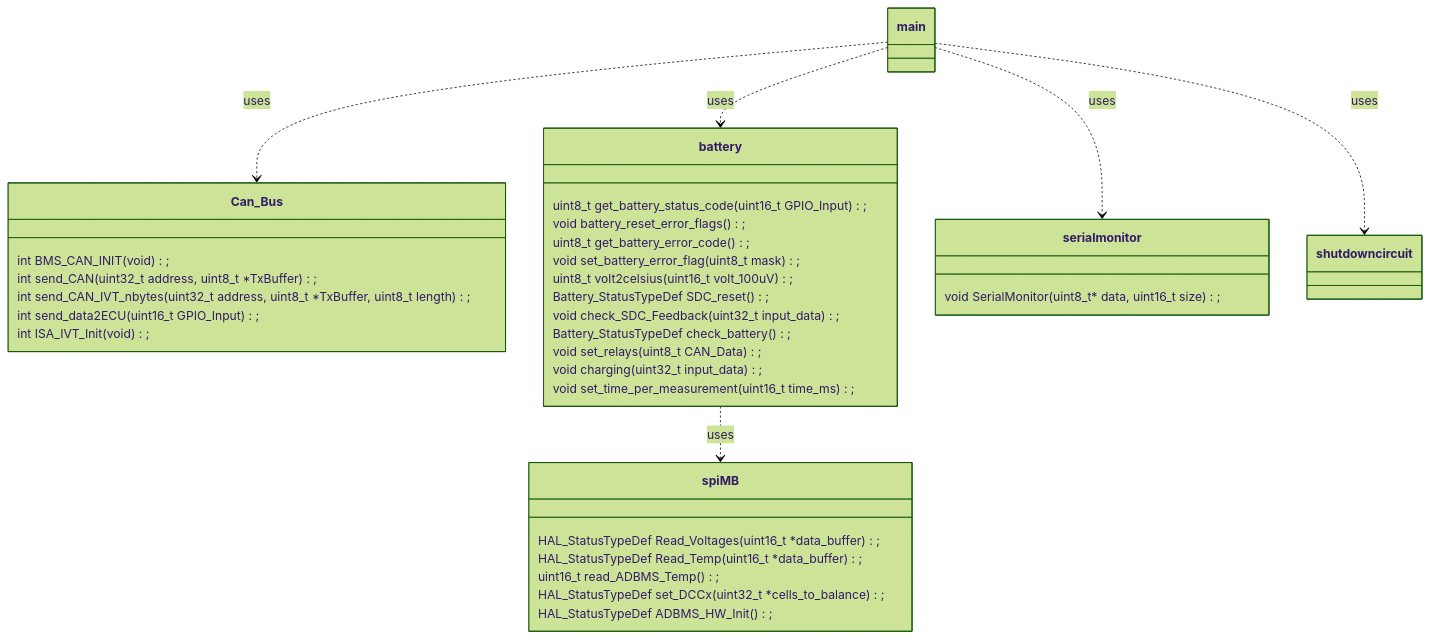
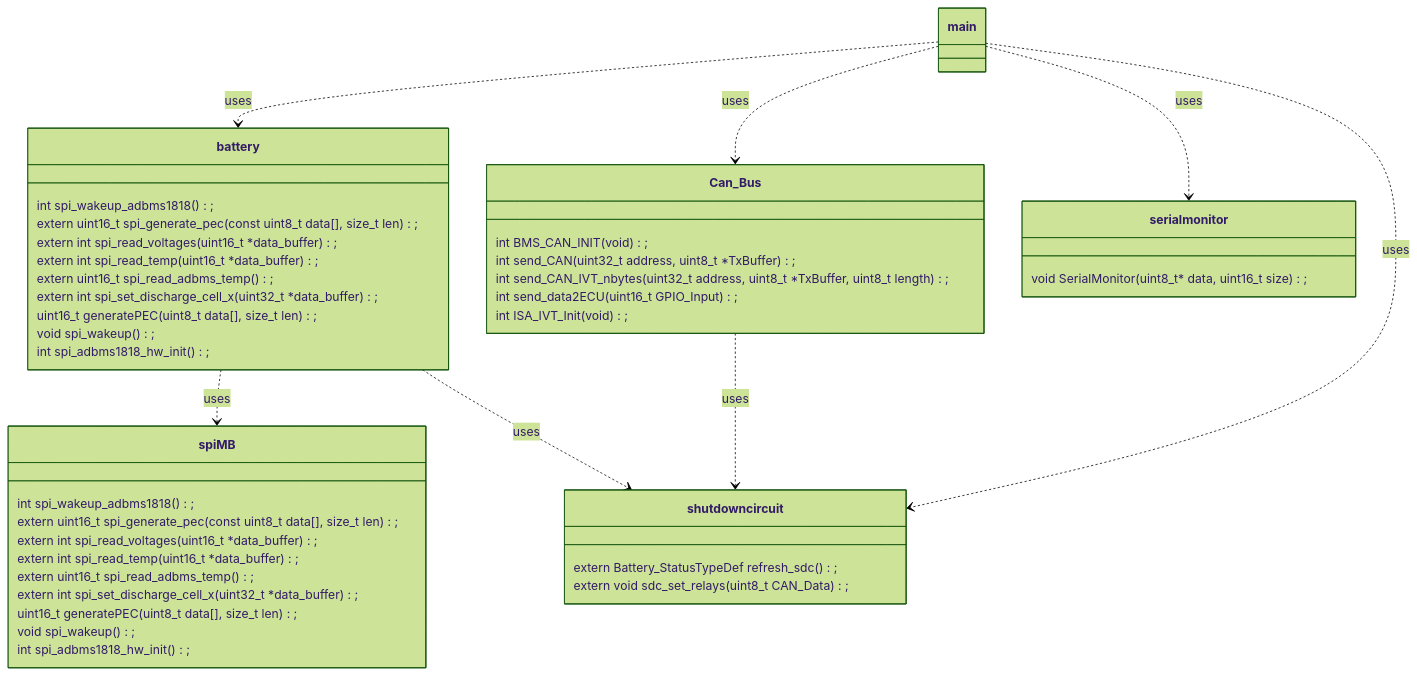
One commit to renolluc/BMS_zephyr changed the third of 3 diagrams in README.md. Above: the diagram before and after it, drawn with Mermaid (forest theme). The commit also changed other lines of this file, not shown here.

Commit message:
class diagramm updated added sdc

````diff
--- a/README.md
+++ b/README.md
@@ -116,48 +123,57 @@
 ```mermaid
 classDiagram
 
     class main
 
     class Can_Bus{
         int BMS_CAN_INIT(void);
         int send_CAN(uint32_t address, uint8_t *TxBuffer);
         int send_CAN_IVT_nbytes(uint32_t address, uint8_t *TxBuffer, uint8_t length);
         int send_data2ECU(uint16_t GPIO_Input);
         int ISA_IVT_Init(void);
     }
 
     class spiMB{
-        HAL_StatusTypeDef Read_Voltages(uint16_t *data_buffer);
-        HAL_StatusTypeDef Read_Temp(uint16_t *data_buffer);
-        uint16_t read_ADBMS_Temp();
-        HAL_StatusTypeDef set_DCCx(uint32_t *cells_to_balance);
-        HAL_StatusTypeDef ADBMS_HW_Init();
+        int spi_wakeup_adbms1818();
+        extern uint16_t spi_generate_pec(const uint8_t data[], size_t len);
+        extern int spi_read_voltages(uint16_t *data_buffer);
+        extern int spi_read_temp(uint16_t *data_buffer);
+        extern uint16_t spi_read_adbms_temp();
+        extern int spi_set_discharge_cell_x(uint32_t *data_buffer);
+        uint16_t generatePEC(uint8_t data[], size_t len);
+        void spi_wakeup();
+        int spi_adbms1818_hw_init();
     }
 
     class battery{
-        uint8_t get_battery_status_code(uint16_t GPIO_Input);
-        void battery_reset_error_flags();
-        uint8_t get_battery_error_code();
-        void set_battery_error_flag(uint8_t mask);
-        uint8_t volt2celsius(uint16_t volt_100uV);
-        Battery_StatusTypeDef SDC_reset();
-        void check_SDC_Feedback(uint32_t input_data);
-        Battery_StatusTypeDef check_battery();
-        void set_relays(uint8_t CAN_Data);
-        void charging(uint32_t input_data);
-        void set_time_per_measurement(uint16_t time_ms);
+        int spi_wakeup_adbms1818();
+        extern uint16_t spi_generate_pec(const uint8_t data[], size_t len);
+        extern int spi_read_voltages(uint16_t *data_buffer);
+        extern int spi_read_temp(uint16_t *data_buffer);
+        extern uint16_t spi_read_adbms_temp();
+        extern int spi_set_discharge_cell_x(uint32_t *data_buffer);
+        uint16_t generatePEC(uint8_t data[], size_t len);
+        void spi_wakeup();
+        int spi_adbms1818_hw_init();
+    }
+
+    class shutdowncircuit{
+        extern Battery_StatusTypeDef refresh_sdc();
+        extern void sdc_set_relays(uint8_t CAN_Data);
     }
 
     class serialmonitor{
         void SerialMonitor(uint8_t* data, uint16_t size);
     }
 
-    class shutdowncircuit
+
 
     main ..> battery : uses
     main ..> Can_Bus : uses
     main ..> serialmonitor : uses
     main ..> shutdowncircuit : uses
     battery ..> spiMB : uses
+    Can_Bus ..> shutdowncircuit : uses
+    battery ..> shutdowncircuit : uses
 
 ```
````
